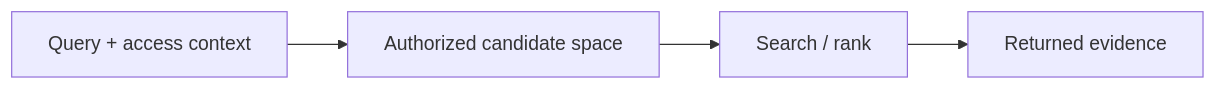
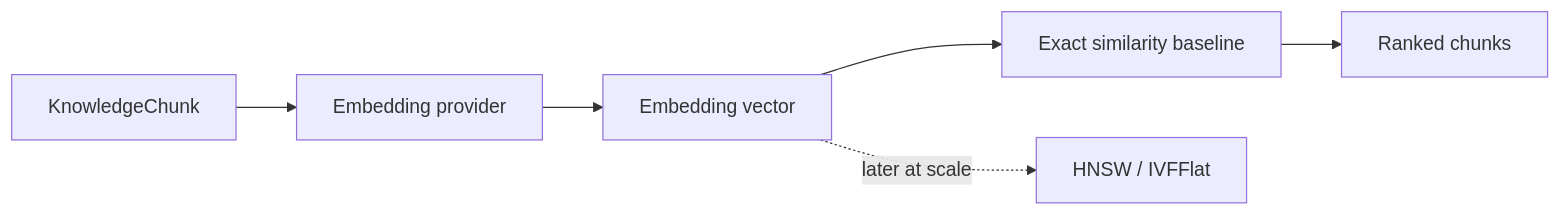
Before and after one commit to kumarchandansingh/tropos: diagram 12 of 17 in docs/learning/ENTERPRISE_KNOWLEDGE_SYSTEMS_INTERVIEW_GUIDE.md, drawn with Mermaid. The commit also changed other lines of this file, not shown here.

Commit message:
docs: ground enterprise knowledge guide in real production failure modes

````diff
--- a/docs/learning/ENTERPRISE_KNOWLEDGE_SYSTEMS_INTERVIEW_GUIDE.md
+++ b/docs/learning/ENTERPRISE_KNOWLEDGE_SYSTEMS_INTERVIEW_GUIDE.md
@@ -536,7 +674,9 @@
 ```mermaid
 flowchart LR
-    Q[Query + access context]
-    --> A[Authorized candidate space]
-    --> S[Search / rank]
-    --> R[Returned evidence]
+    C[KnowledgeChunk] --> EP[Embedding provider]
+    EP --> V[Embedding vector]
+    V --> X[Exact similarity baseline]
+    X --> R[Ranked chunks]
+
+    V -. later at scale .-> H[HNSW / IVFFlat]
 ```
````
